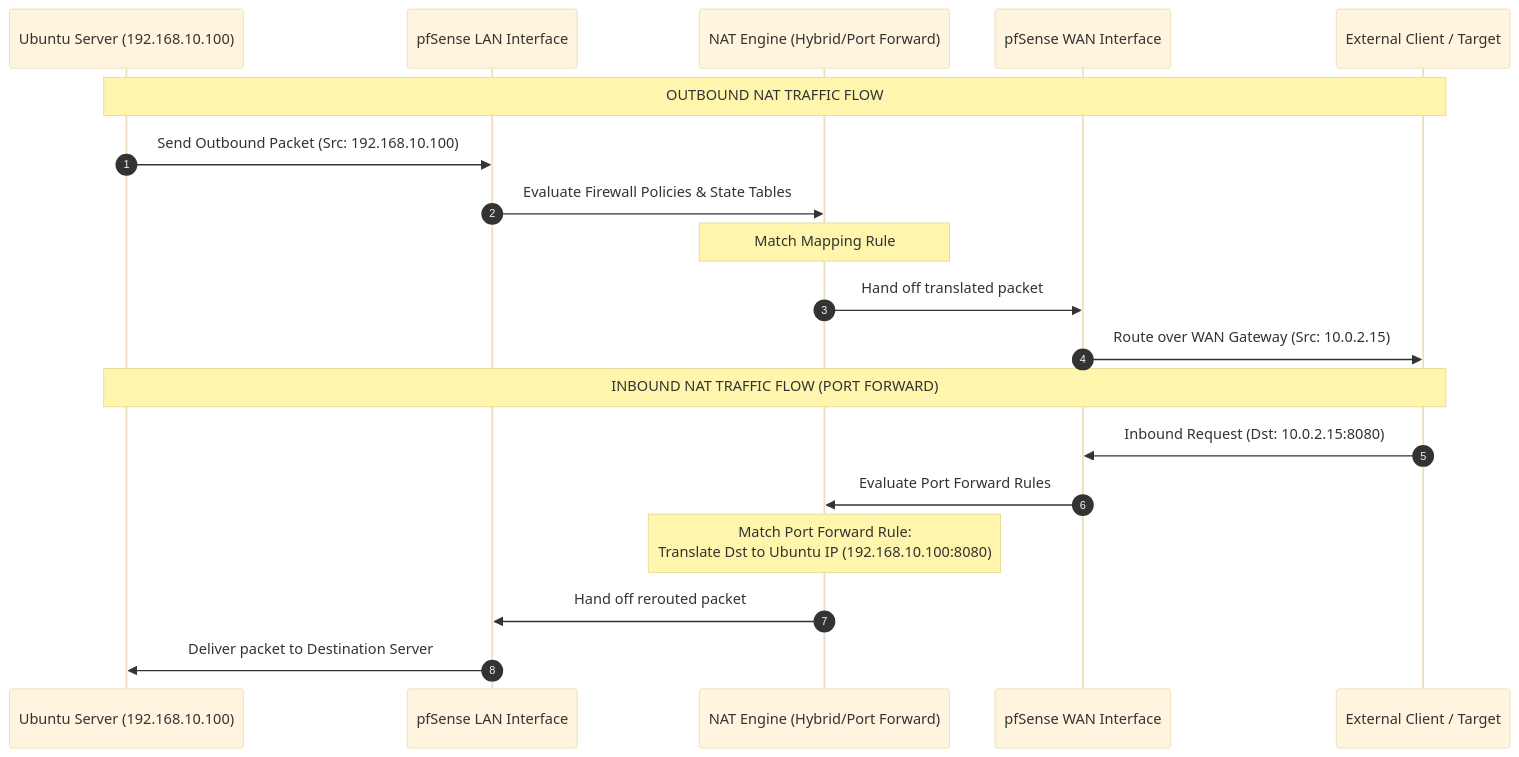
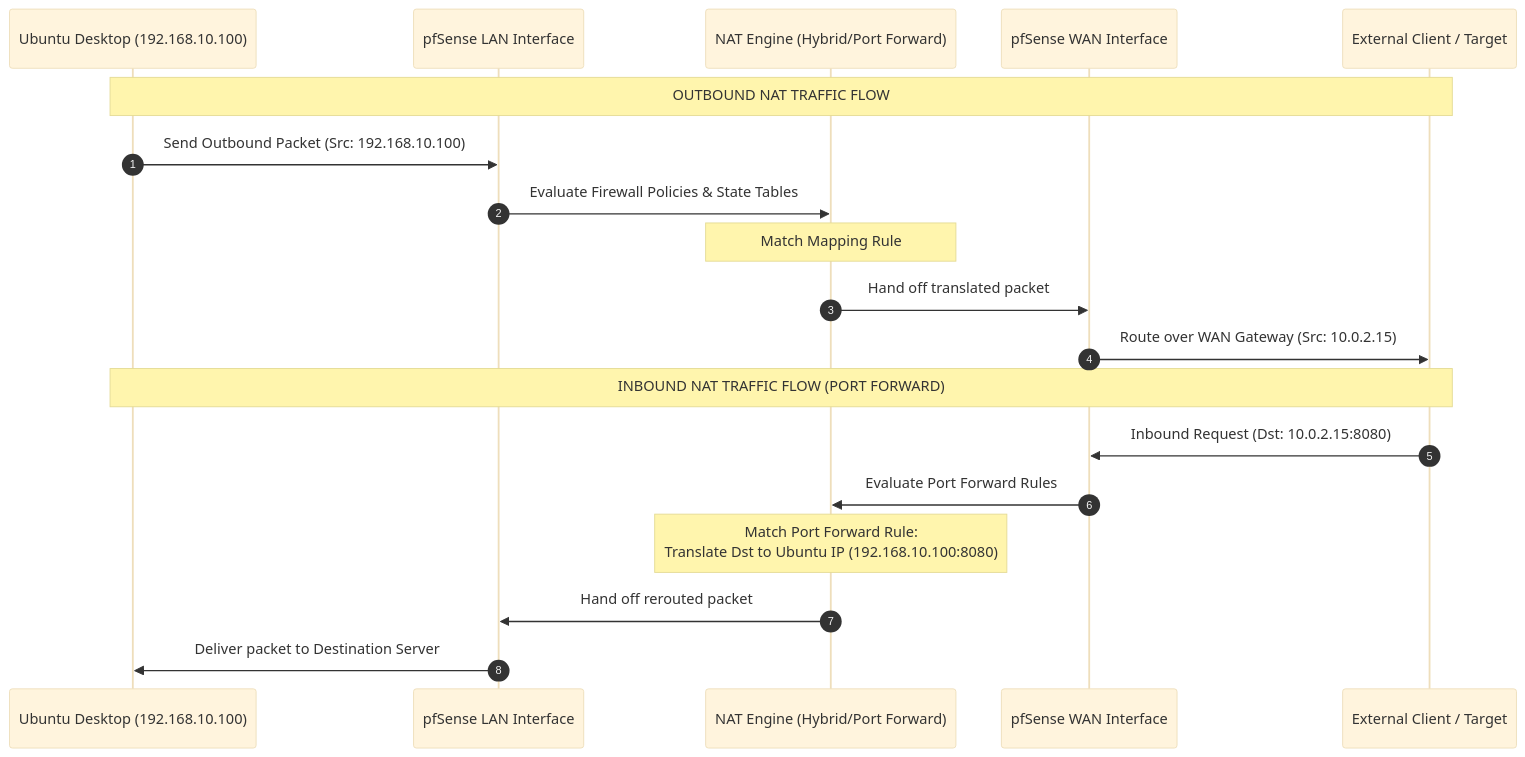
One commit to harshhhhh10/pfsense-firewall-home-lab changed the diagram in docs/06-nat.md. Above: the diagram before and after it, drawn with Mermaid (base theme). The commit also changed other lines of this file, not shown here.

````diff
--- a/docs/06-nat.md
+++ b/docs/06-nat.md
@@ -98,23 +98,23 @@
 ```mermaid
 sequenceDiagram
     autonumber
-    participant Ubuntu as Ubuntu Server (192.168.10.100)
+    participant Ubuntu as Ubuntu Desktop (192.168.10.100)
     participant LAN as pfSense LAN Interface
     participant NAT as NAT Engine (Hybrid/Port Forward)
     participant WAN as pfSense WAN Interface
     participant Web as External Client / Target
 
     Note over Web, Ubuntu: OUTBOUND NAT TRAFFIC FLOW
     Ubuntu->>LAN: Send Outbound Packet (Src: 192.168.10.100)
     LAN->>NAT: Evaluate Firewall Policies & State Tables
     Note over NAT: Match Mapping Rule #2:<br/>Translate Src to WAN IP (10.0.2.15)
     NAT->>WAN: Hand off translated packet
     WAN->>Web: Route over WAN Gateway (Src: 10.0.2.15)
     
     Note over Web, Ubuntu: INBOUND NAT TRAFFIC FLOW (PORT FORWARD)
     Web->>WAN: Inbound Request (Dst: 10.0.2.15:8080)
     WAN->>NAT: Evaluate Port Forward Rules
     Note over NAT: Match Port Forward Rule:<br/>Translate Dst to Ubuntu IP (192.168.10.100:8080)
     NAT->>LAN: Hand off rerouted packet
     LAN->>Ubuntu: Deliver packet to Destination Server
 ```
````
